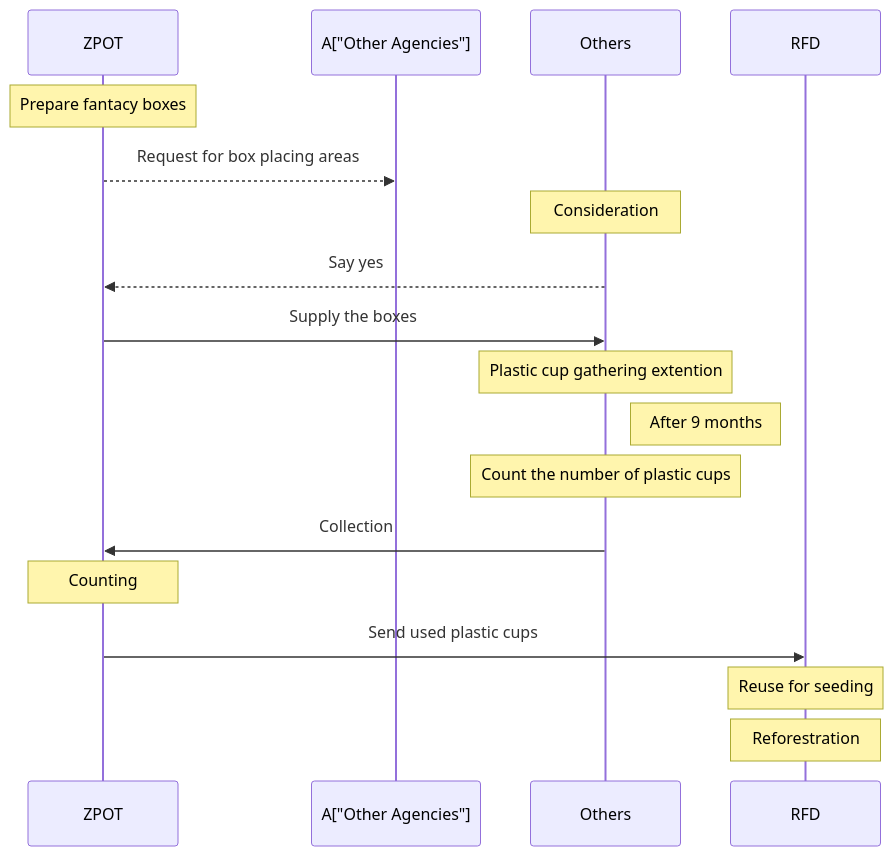
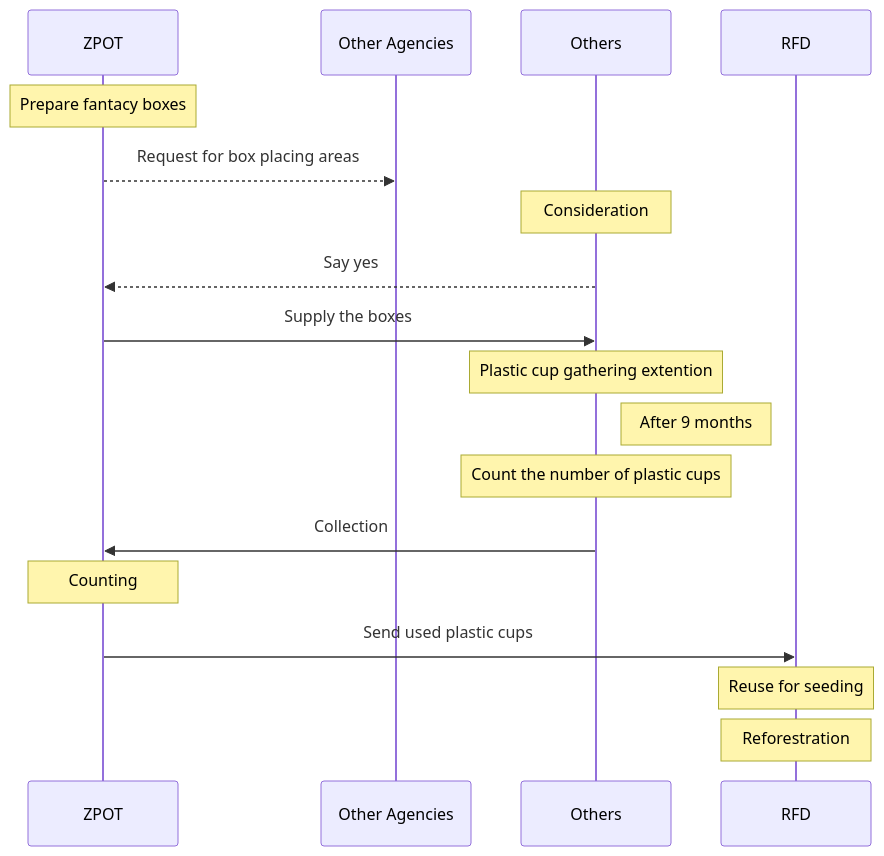
One commit to Kietpawpan/carbon changed the first of 2 diagrams in README.md. Above: the diagram before and after it, drawn with Mermaid.

````diff
--- a/README.md
+++ b/README.md
@@ -9,16 +9,16 @@
 ```mermaid
 sequenceDiagram
     Note over ZPOT: Prepare fantacy boxes  
-    ZPOT-->>A["Other Agencies"]: Request for box placing areas
+    ZPOT-->>Other Agencies: Request for box placing areas
     Note over Others: Consideration
     Others-->>ZPOT: Say yes
     ZPOT->>Others: Supply the boxes
     Note over Others: Plastic cup gathering extention
     Note right of Others: After 9 months
     Note over Others: Count the number of plastic cups
     Others->>ZPOT: Collection
     Note over ZPOT: Counting
     ZPOT->>RFD: Send used plastic cups
     Note over RFD: Reuse for seeding
     Note over RFD: Reforestration
 ```
````
